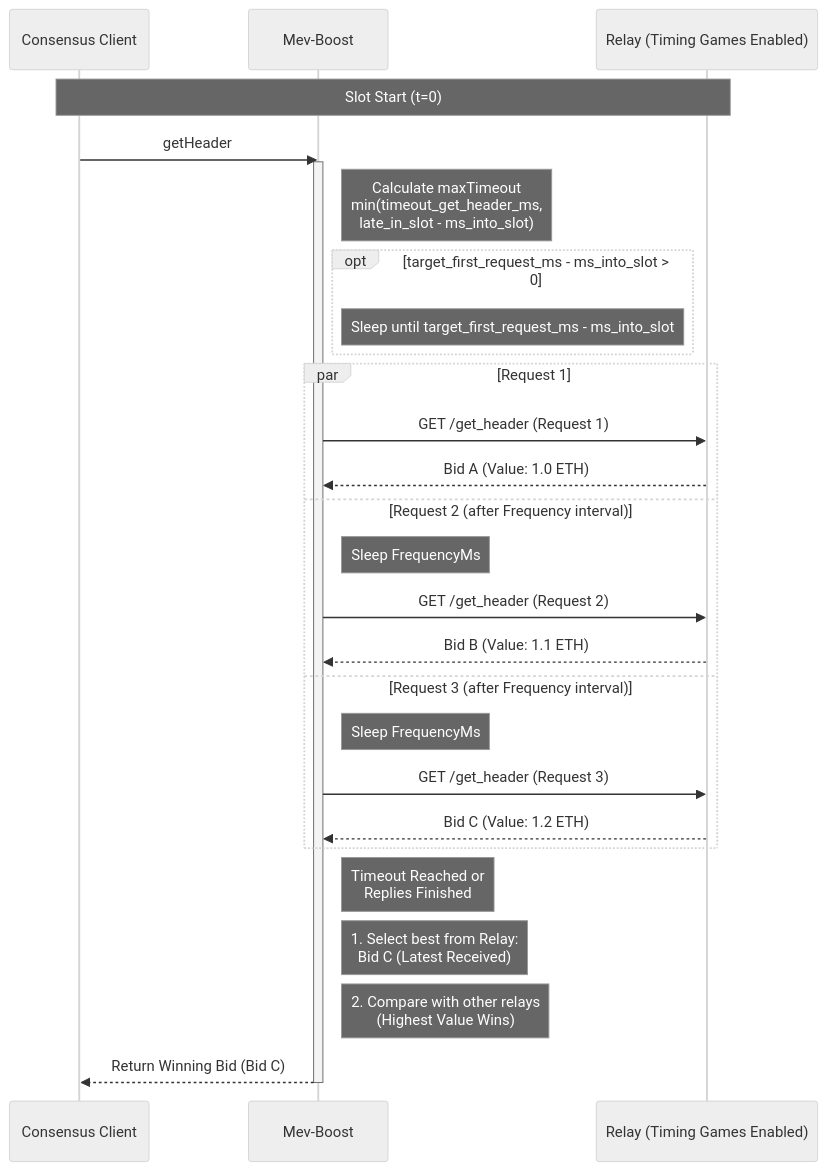
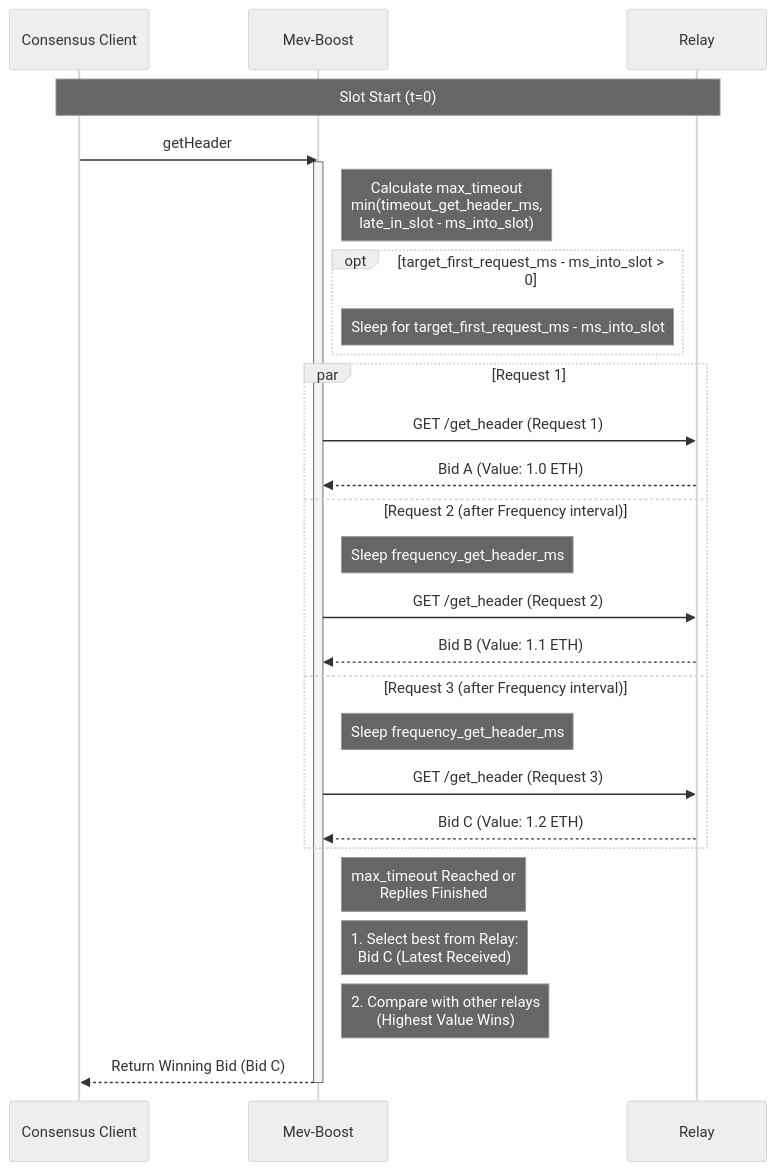
The diagram in docs/timing-games.md (flashbots/mev-boost), drawn with Mermaid (neutral theme) before and after one commit.

Commit message:
minor alignments in timing games docs (#873)

````diff
--- a/docs/timing-games.md
+++ b/docs/timing-games.md
@@ -48,39 +48,39 @@
 ```mermaid
 sequenceDiagram
     participant CL as Consensus Client
     participant MB as Mev-Boost
-    participant R as Relay (Timing Games Enabled)
+    participant R as Relay
 
     Note over CL, R: Slot Start (t=0)
 
     CL->>MB: getHeader
     activate MB
 
-    Note right of MB: Calculate maxTimeout<br/>min(timeout_get_header_ms,<br/>late_in_slot - ms_into_slot)
+    Note right of MB: Calculate max_timeout<br/>min(timeout_get_header_ms,<br/>late_in_slot - ms_into_slot)
 
     opt target_first_request_ms - ms_into_slot > 0
-        Note right of MB: Sleep until target_first_request_ms - ms_into_slot
+        Note right of MB: Sleep for target_first_request_ms - ms_into_slot
     end
 
     par Request 1
         MB->>R: GET /get_header (Request 1)
         R-->>MB: Bid A (Value: 1.0 ETH)
     and Request 2 (after Frequency interval)
-        Note right of MB: Sleep FrequencyMs
+        Note right of MB: Sleep frequency_get_header_ms
         MB->>R: GET /get_header (Request 2)
         R-->>MB: Bid B (Value: 1.1 ETH)
     and Request 3 (after Frequency interval)
-        Note right of MB: Sleep FrequencyMs
+        Note right of MB: Sleep frequency_get_header_ms
         MB->>R: GET /get_header (Request 3)
         R-->>MB: Bid C (Value: 1.2 ETH)
     end
 
-    Note right of MB: Timeout Reached or<br/>Replies Finished
+    Note right of MB: max_timeout Reached or<br/>Replies Finished
 
     Note right of MB: 1. Select best from Relay:<br/>Bid C (Latest Received)
 
     Note right of MB: 2. Compare with other relays<br/>(Highest Value Wins)
 
     MB-->>CL: Return Winning Bid (Bid C)
     deactivate MB
 ```
````
